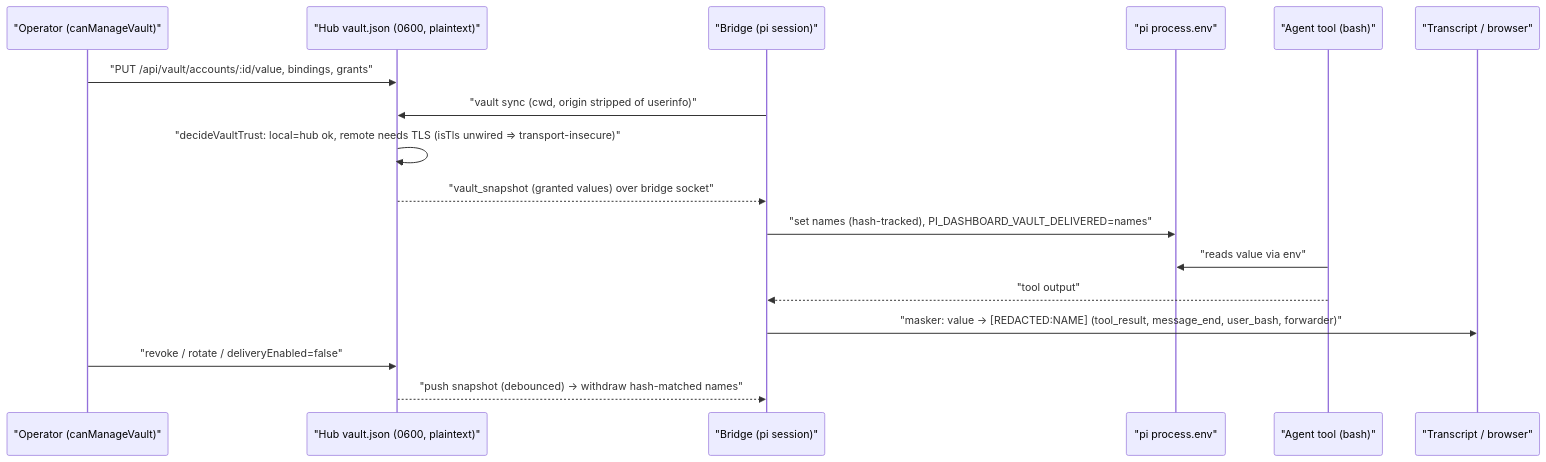
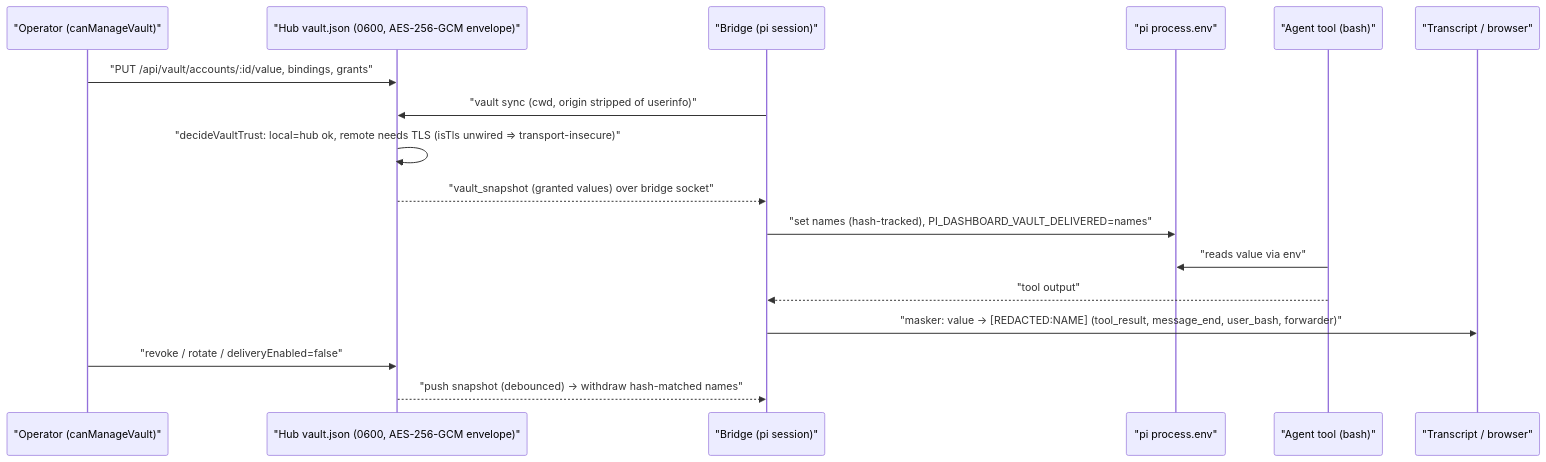
The second of 2 diagrams in docs/security/credentials-and-secrets.md (BlackBeltTechnology/pi-agent-dashboard), drawn with Mermaid before and after one commit. The commit also changed other lines of this file and 177 other files, not shown here.

````diff
--- a/docs/security/credentials-and-secrets.md
+++ b/docs/security/credentials-and-secrets.md
@@ -153,19 +154,19 @@
 ```mermaid
 sequenceDiagram
   participant O as "Operator (canManageVault)"
-  participant H as "Hub vault.json (0600, plaintext)"
+  participant H as "Hub vault.json (0600, AES-256-GCM envelope)"
   participant B as "Bridge (pi session)"
   participant E as "pi process.env"
   participant T as "Agent tool (bash)"
   participant D as "Transcript / browser"
   O->>H: "PUT /api/vault/accounts/:id/value, bindings, grants"
   B->>H: "vault sync (cwd, origin stripped of userinfo)"
   H->>H: "decideVaultTrust: local=hub ok, remote needs TLS (isTls unwired => transport-insecure)"
   H-->>B: "vault_snapshot (granted values) over bridge socket"
   B->>E: "set names (hash-tracked), PI_DASHBOARD_VAULT_DELIVERED=names"
   T->>E: "reads value via env"
   T-->>B: "tool output"
   B->>D: "masker: value -> [REDACTED:NAME] (tool_result, message_end, user_bash, forwarder)"
   O->>H: "revoke / rotate / deliveryEnabled=false"
   H-->>B: "push snapshot (debounced) -> withdraw hash-matched names"
 ```
````
